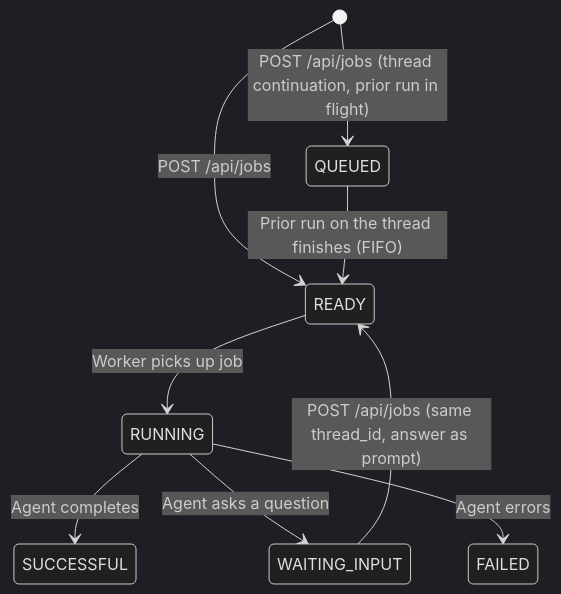
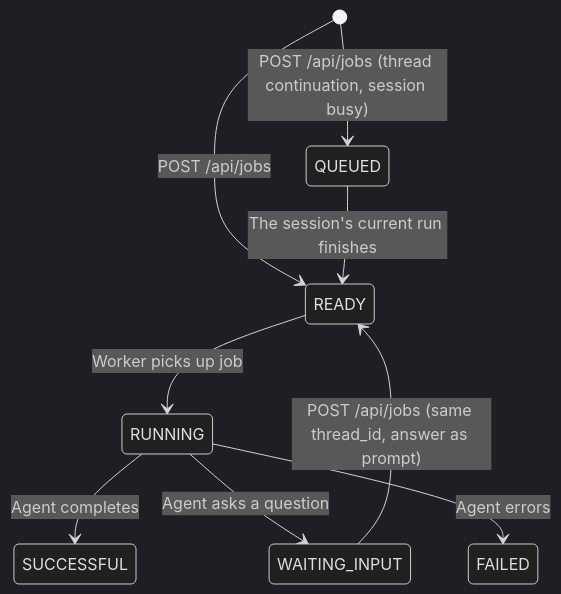
One commit to srtab/daiv changed the diagram in docs/features/jobs-api.md. Above: the diagram before and after it, drawn with Mermaid (dark theme). The commit also changed other lines of this file and 28 other files, not shown here.

````diff
--- a/docs/features/jobs-api.md
+++ b/docs/features/jobs-api.md
@@ -207,11 +207,11 @@
 ```mermaid
 stateDiagram-v2
     [*] --> READY: POST /api/jobs
-    [*] --> QUEUED: POST /api/jobs (thread continuation, prior run in flight)
-    QUEUED --> READY: Prior run on the thread finishes (FIFO)
+    [*] --> QUEUED: POST /api/jobs (thread continuation, session busy)
+    QUEUED --> READY: The session's current run finishes
     READY --> RUNNING: Worker picks up job
     RUNNING --> SUCCESSFUL: Agent completes
     RUNNING --> WAITING_INPUT: Agent asks a question
     RUNNING --> FAILED: Agent errors
     WAITING_INPUT --> READY: POST /api/jobs (same thread_id, answer as prompt)
 ```
````
